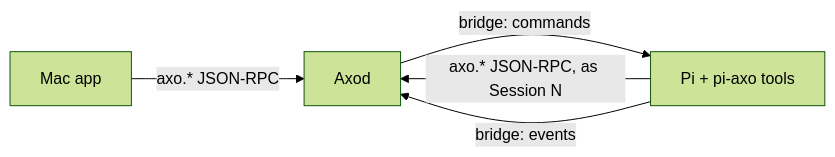
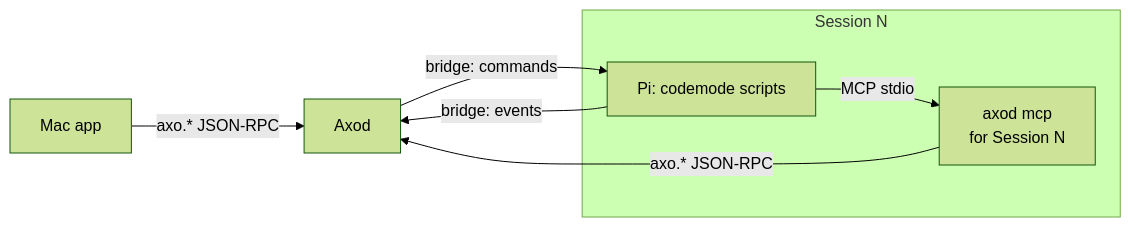
One commit to leostera/axo changed the diagram in docs/rfds/RFD0015-sessions-as-axo-clients.md. Above: the diagram before and after it, drawn with Mermaid (forest theme). The commit also changed other lines of this file, not shown here.

Commit message:
docs: RFD0015 exposes Axod to Pi as an MCP server used from codemode

````diff
--- a/docs/rfds/RFD0015-sessions-as-axo-clients.md
+++ b/docs/rfds/RFD0015-sessions-as-axo-clients.md
@@ -60,7 +56,10 @@
 ```mermaid
 flowchart LR
   App[Mac app] -->|axo.* JSON-RPC| Axod
-  Pi[Pi + pi-axo tools] -->|axo.* JSON-RPC, as Session N| Axod
+  subgraph Session[Session N]
+    Pi[Pi: codemode scripts] -->|MCP stdio| MCP[axod mcp<br/>for Session N]
+  end
+  MCP -->|axo.* JSON-RPC| Axod
   Axod -->|bridge: commands| Pi
   Pi -->|bridge: events| Axod
 ```
````
